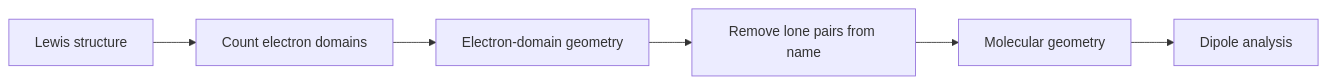
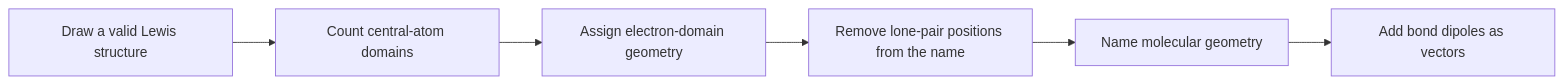
Before and after one commit to justinbrianhwang/SJ-wiki: the diagram in docs/chemistry/general/molecular-geometry-and-bonding-theory.md, drawn with Mermaid. The commit also changed other lines of this file and 955 other files, not shown here.

````diff
--- a/docs/chemistry/general/molecular-geometry-and-bonding-theory.md
+++ b/docs/chemistry/general/molecular-geometry-and-bonding-theory.md
@@ -68,8 +26,8 @@
 ```mermaid
 flowchart LR
-  A[Lewis structure] --> B[Count electron domains]
-  B --> C[Electron-domain geometry]
-  C --> D[Remove lone pairs from name]
-  D --> E[Molecular geometry]
-  E --> F[Dipole analysis]
+  A["Draw a valid Lewis structure"] --> B["Count central-atom domains"]
+  B --> C["Assign electron-domain geometry"]
+  C --> D["Remove lone-pair positions from the name"]
+  D --> E["Name molecular geometry"]
+  E --> F["Add bond dipoles as vectors"]
 ```
````
